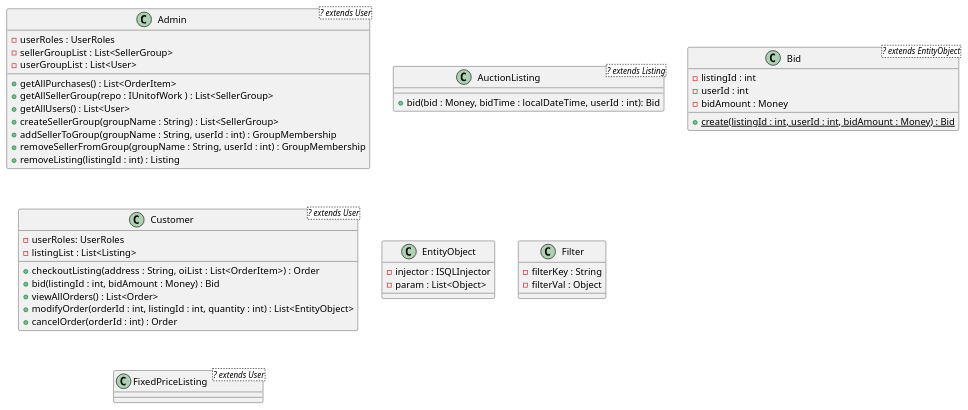
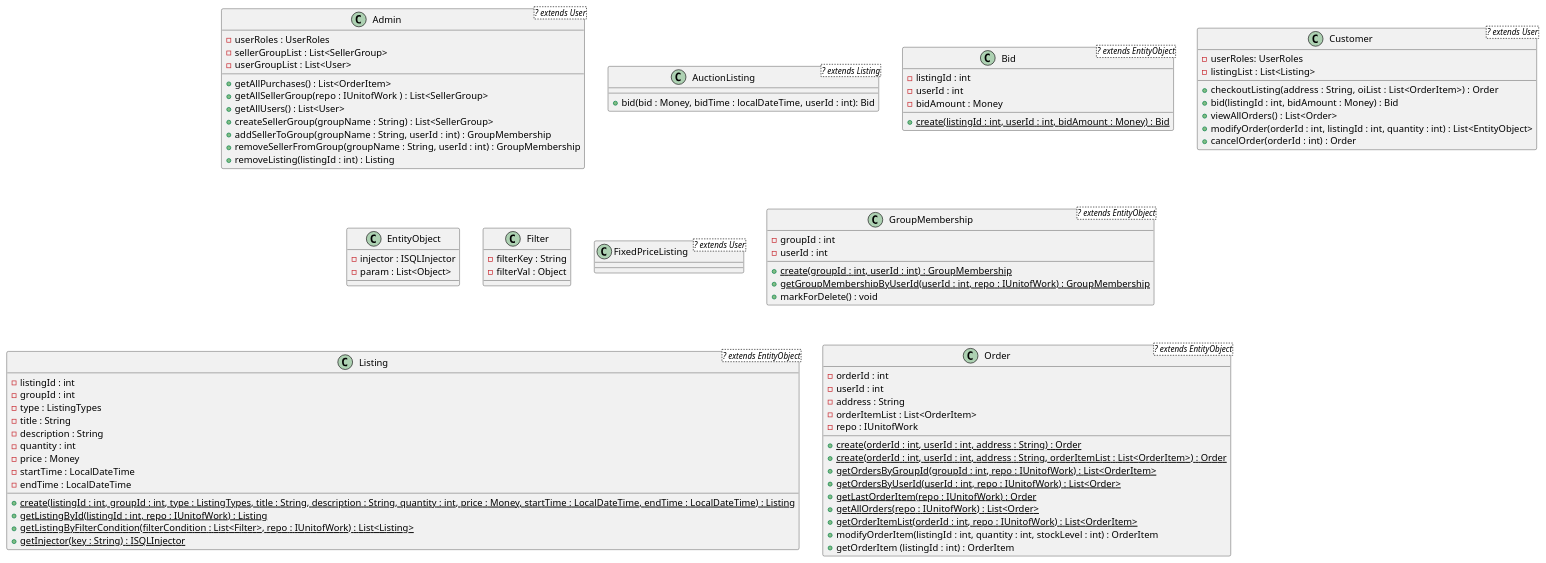
One commit to SWEN900072022/TeamZeroMarketPlaceBackEnd changed the diagram in docs/part3/classDiagram.plantuml. Above: the diagram before and after it, drawn with PlantUML.

Commit message:
added Order and Listing class to class diagram

```diff
--- a/docs/part3/classDiagram.plantuml
+++ b/docs/part3/classDiagram.plantuml
@@ -1,54 +1,95 @@
 @startuml
 
 'Admin class
 class Admin<? extends User> {
     - userRoles : UserRoles
     - sellerGroupList : List<SellerGroup>
     - userGroupList : List<User>
     {method} + getAllPurchases() : List<OrderItem>
     {method} + getAllSellerGroup(repo : IUnitofWork ) : List<SellerGroup>
     {method} + getAllUsers() : List<User>
     {method} + createSellerGroup(groupName : String) : List<SellerGroup>
     {method} + addSellerToGroup(groupName : String, userId : int) : GroupMembership
     {method} + removeSellerFromGroup(groupName : String, userId : int) : GroupMembership
     {method} + removeListing(listingId : int) : Listing
 }
 'AuctionListing class
 class AuctionListing<? extends Listing> {
     {method} + bid(bid : Money, bidTime : localDateTime, userId : int): Bid
 }
 'Bid Class
 class Bid<? extends EntityObject> {
     - listingId : int
     - userId : int
     - bidAmount : Money
     {method} {static} + create(listingId : int, userId : int, bidAmount : Money) : Bid
 
 }
 'Customer Class
 class Customer <? extends User> {
     - userRoles: UserRoles
     - listingList : List<Listing>
     {method} + checkoutListing(address : String,  oiList : List<OrderItem>) : Order
     {method} + bid(listingId : int, bidAmount : Money) : Bid
     {method} + viewAllOrders() : List<Order>
     {method} + modifyOrder(orderId : int, listingId : int, quantity : int) : List<EntityObject>
     {method} + cancelOrder(orderId : int) : Order
 }
 'EntityObject
 class EntityObject{
     - injector : ISQLInjector
     - param : List<Object>
 }
 'Filter Class
 class Filter{
     - filterKey : String
     - filterVal : Object
 
 }
 'FixedPriceListing Class
 class FixedPriceListing <? extends User>{
 
 }
-'
+'GroupMembership Class
+class GroupMembership <? extends EntityObject>{
+    - groupId : int
+    - userId : int
+    {static} + create(groupId : int, userId : int) : GroupMembership
+    {static} + getGroupMembershipByUserId(userId : int, repo : IUnitofWork) : GroupMembership
+    + markForDelete() : void
+}
+'Listing Class
+class Listing<? extends EntityObject>{
+    - listingId : int
+    - groupId : int
+    - type : ListingTypes
+    - title : String
+    - description : String
+    - quantity : int
+    - price : Money
+    - startTime : LocalDateTime
+    - endTime : LocalDateTime
+    {method} {static}  + create(listingId : int, groupId : int, type : ListingTypes, title : String, description : String, quantity : int, price : Money, startTime : LocalDateTime, endTime : LocalDateTime) : Listing
+    {method} {static} + getListingById(listingId : int, repo : IUnitofWork) : Listing
+    {method} {static} + getListingByFilterCondition(filterCondition : List<Filter>, repo : IUnitofWork) : List<Listing>
+    {method} {static} + getInjector(key : String) : ISQLInjector
+}
+'Order Class
+class Order<? extends EntityObject>{
+    - orderId : int
+    - userId : int
+    - address : String
+    - orderItemList : List<OrderItem>
+    - repo : IUnitofWork
+
+    {method} {static}  + create(orderId : int, userId : int, address : String) : Order
+    {method} {static}  + create(orderId : int, userId : int, address : String, orderItemList : List<OrderItem>) : Order
+    {method} {static} + getOrdersByGroupId(groupId : int, repo : IUnitofWork) : List<OrderItem>
+    {method} {static} + getOrdersByUserId(userId : int, repo : IUnitofWork) : List<Order>
+    {method} {static} + getLastOrderItem(repo : IUnitofWork) : Order
+    {method} {static} + getAllOrders(repo : IUnitofWork) : List<Order>
+    {method} {static} + getOrderItemList(orderId : int, repo : IUnitofWork) : List<OrderItem>
+    + modifyOrderItem(listingId : int, quantity : int, stockLevel : int) : OrderItem
+    + getOrderItem (listingId : int) : OrderItem
+}
 @enduml
```
